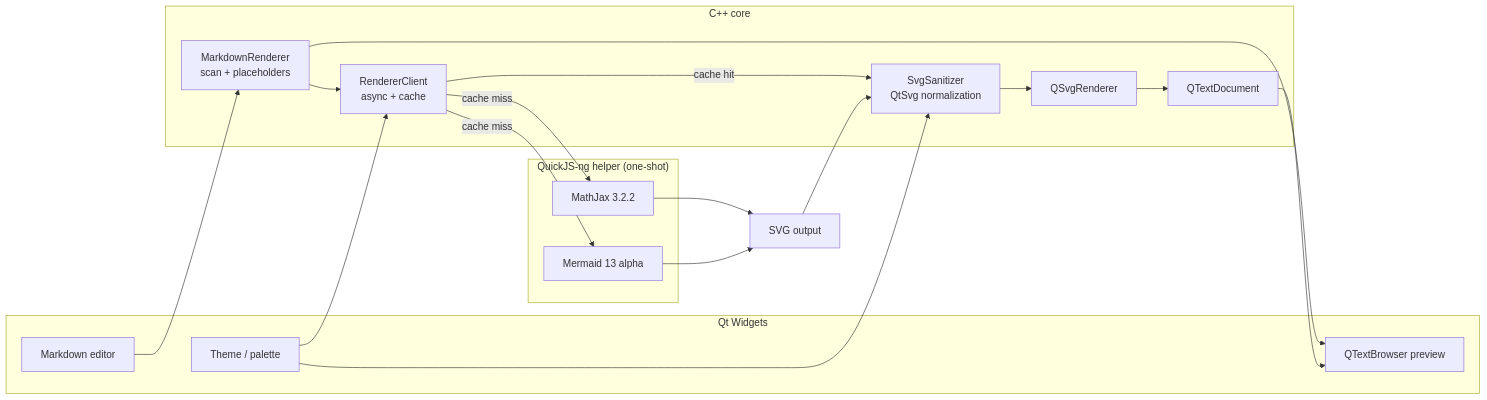
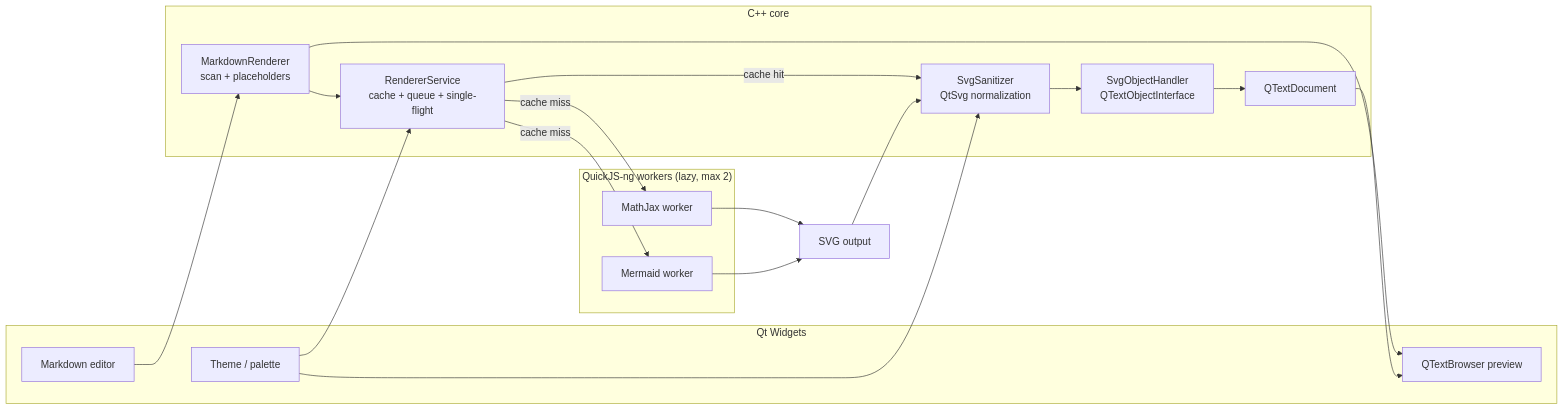
One commit to iLogIng/qt-rich-text-renderer changed the diagram in README.md. Above: the diagram before and after it, drawn with Mermaid. The commit also changed other lines of this file and 24 other files, not shown here.

Commit message:
perf: use two process to lazy start the qjs surpport for mermaid and mathjax service. Use the Render Service to optimize the needed

````diff
--- a/README.md
+++ b/README.md
@@ -52,36 +56,36 @@
 ```mermaid
 flowchart LR
   subgraph UI["Qt Widgets"]
     Editor["Markdown editor"]
     Preview["QTextBrowser preview"]
     Theme["Theme / palette"]
   end
 
   subgraph Core["C++ core"]
     MD["MarkdownRenderer<br/>scan + placeholders"]
-    RC["RendererClient<br/>async + cache"]
+    RS["RendererService<br/>cache + queue + single-flight"]
     San["SvgSanitizer<br/>QtSvg normalization"]
-    Svg["QSvgRenderer"]
+    Obj["SvgObjectHandler<br/>QTextObjectInterface"]
     Doc["QTextDocument"]
   end
 
-  subgraph JS["QuickJS-ng helper (one-shot)"]
-    Math["MathJax 3.2.2"]
-    Mermaid["Mermaid 13 alpha"]
+  subgraph JS["QuickJS-ng workers (lazy, max 2)"]
+    MW["MathJax worker"]
+    DW["Mermaid worker"]
   end
 
   Editor --> MD
   MD --> Preview
-  MD --> RC
-  RC -->|"cache hit"| San
-  RC -->|"cache miss"| Math
-  RC -->|"cache miss"| Mermaid
-  Math --> SVGOut["SVG output"]
-  Mermaid --> SVGOut
+  MD --> RS
+  RS -->|"cache hit"| San
+  RS -->|"cache miss"| MW
+  RS -->|"cache miss"| DW
+  MW --> SVGOut["SVG output"]
+  DW --> SVGOut
   SVGOut --> San
-  San --> Svg
-  Svg --> Doc
+  San --> Obj
+  Obj --> Doc
   Doc --> Preview
-  Theme --> RC
+  Theme --> RS
   Theme --> San
 ```
````
